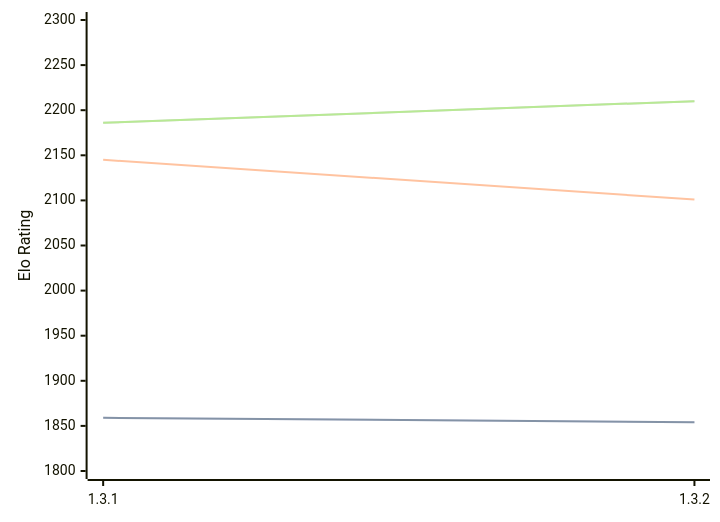
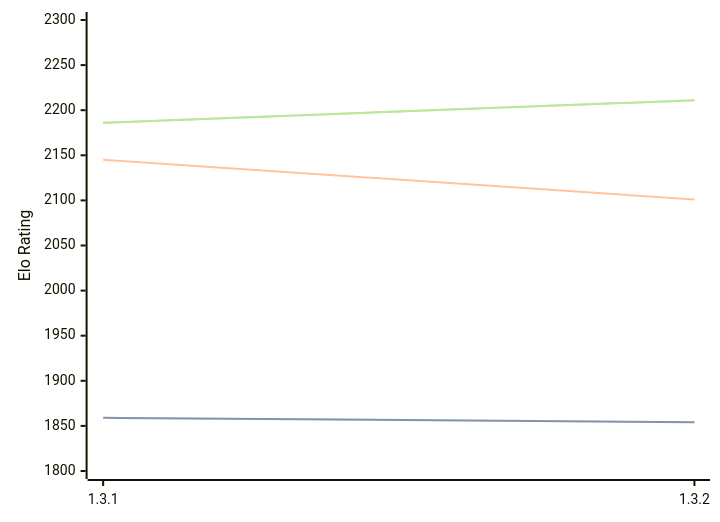
One commit to computer-chess-index/cci changed the diagram in engines/Zugblitz.md. Above: the diagram before and after it, drawn with Mermaid. The commit also changed other lines of this file, not shown here.

Commit message:
Update CCI Ratings (ELO VLTC) - 2026-09-12

````diff
--- a/engines/Zugblitz.md
+++ b/engines/Zugblitz.md
@@ -32,11 +32,11 @@
 ```mermaid
 %%{init: {"theme":"base","themeVariables":{"seriesColors:['#a3a3a3','#222221','#faa371']}}}%%
 xychart-beta
   x-axis ["1.3.1", "1.3.2"]
   y-axis "Elo Rating" 1800 --> 2300
   line "" [1859, 1854]
   line "STC (8.0+0.08s)" [1859, 1854]
   line "LTC (60.0+0.60s)" [2145, 2101]
-  line "" [2186, 2210]
-  line "VLTC (2m24s+1.12s)" [2186, 2210]
+  line "" [2186, 2211]
+  line "VLTC (2m24s+1.12s)" [2186, 2211]
 ```
````
